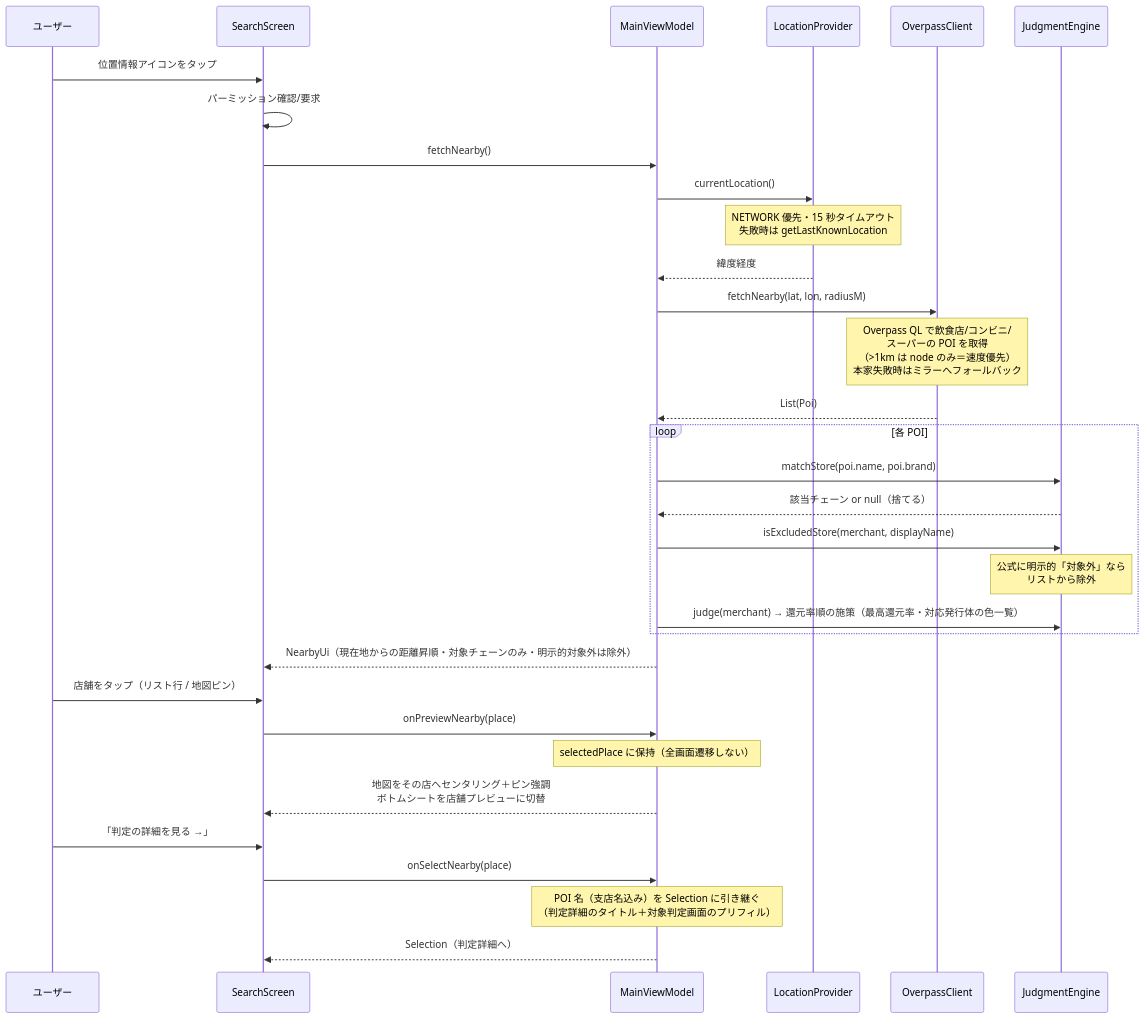
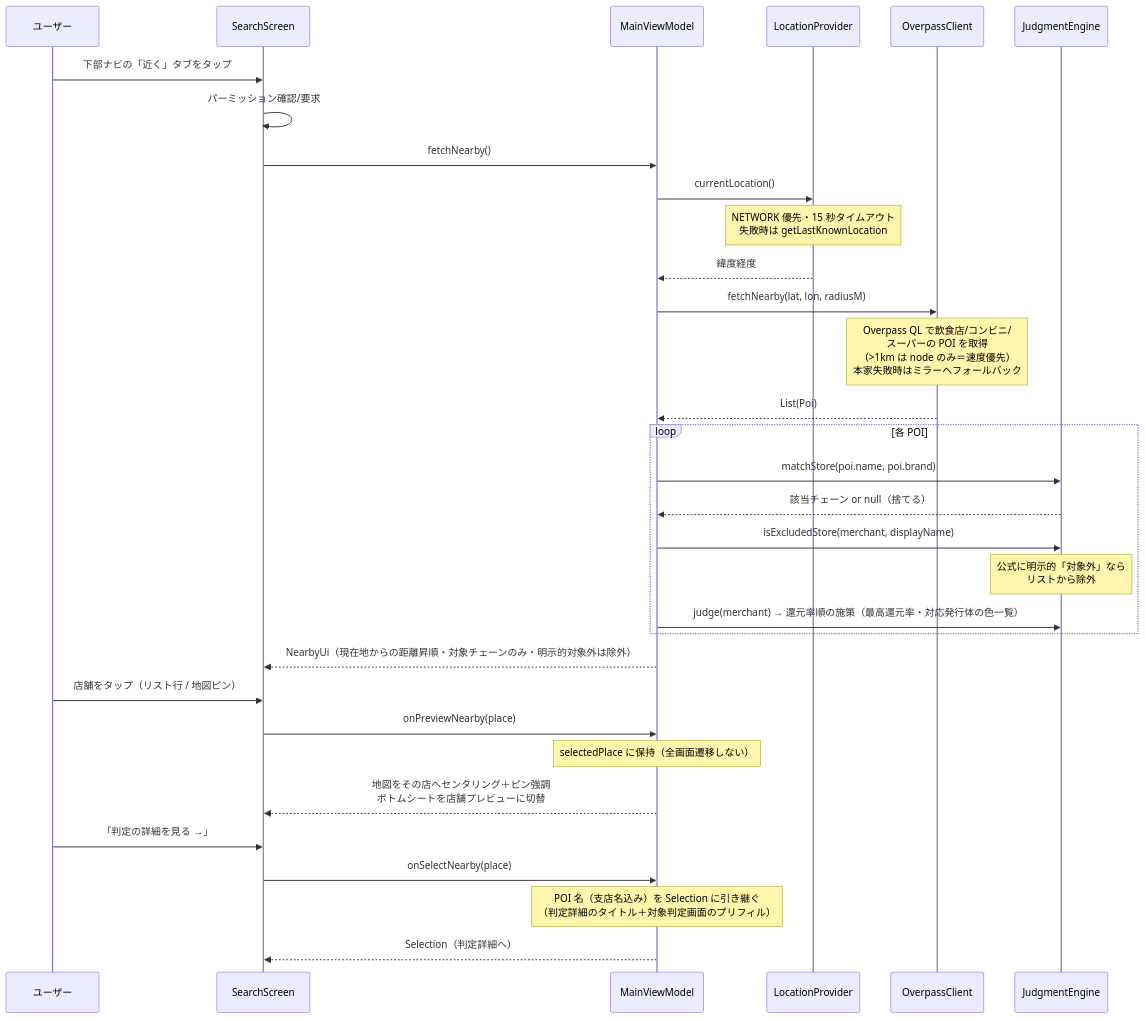
Before and after one commit to ktakjm/poikatsu: the sixth of 6 diagrams in docs/code-guide.md, drawn with Mermaid. The commit also changed other lines of this file and 4 other files, not shown here.

````diff
--- a/docs/code-guide.md
+++ b/docs/code-guide.md
@@ -307,35 +313,35 @@
 ```mermaid
 sequenceDiagram
     participant U as ユーザー
     participant SC as SearchScreen
     participant VM as MainViewModel
     participant LP as LocationProvider
     participant OC as OverpassClient
     participant JE as JudgmentEngine
 
-    U->>SC: 位置情報アイコンをタップ
+    U->>SC: 下部ナビの「近く」タブをタップ
     SC->>SC: パーミッション確認/要求
     SC->>VM: fetchNearby()
     VM->>LP: currentLocation()
     Note over LP: NETWORK 優先・15 秒タイムアウト<br/>失敗時は getLastKnownLocation
     LP-->>VM: 緯度経度
     VM->>OC: fetchNearby(lat, lon, radiusM)
     Note over OC: Overpass QL で飲食店/コンビニ/<br/>スーパーの POI を取得<br/>（>1km は node のみ＝速度優先）<br/>本家失敗時はミラーへフォールバック
     OC-->>VM: List(Poi)
     loop 各 POI
         VM->>JE: matchStore(poi.name, poi.brand)
         JE-->>VM: 該当チェーン or null（捨てる）
         VM->>JE: isExcludedStore(merchant, displayName)
         Note over JE: 公式に明示的「対象外」なら<br/>リストから除外
         VM->>JE: judge(merchant) → 還元率順の施策（最高還元率・対応発行体の色一覧）
     end
     VM-->>SC: NearbyUi（現在地からの距離昇順・対象チェーンのみ・明示的対象外は除外）
     U->>SC: 店舗をタップ（リスト行 / 地図ピン）
     SC->>VM: onPreviewNearby(place)
     Note over VM: selectedPlace に保持（全画面遷移しない）
     VM-->>SC: 地図をその店へセンタリング＋ピン強調<br/>ボトムシートを店舗プレビューに切替
     U->>SC: 「判定の詳細を見る →」
     SC->>VM: onSelectNearby(place)
     Note over VM: POI 名（支店名込み）を Selection に引き継ぐ<br/>（判定詳細のタイトル＋対象判定画面のプリフィル）
     VM-->>SC: Selection（判定詳細へ）
 ```
````
